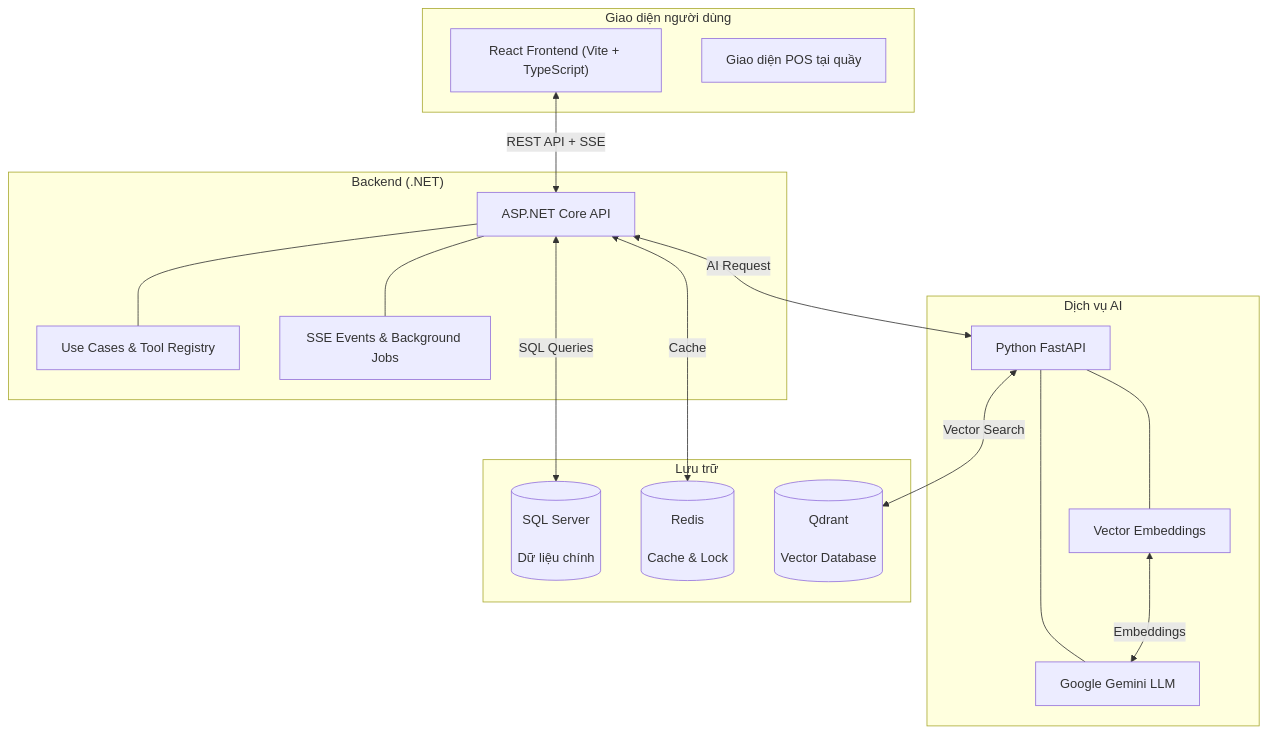
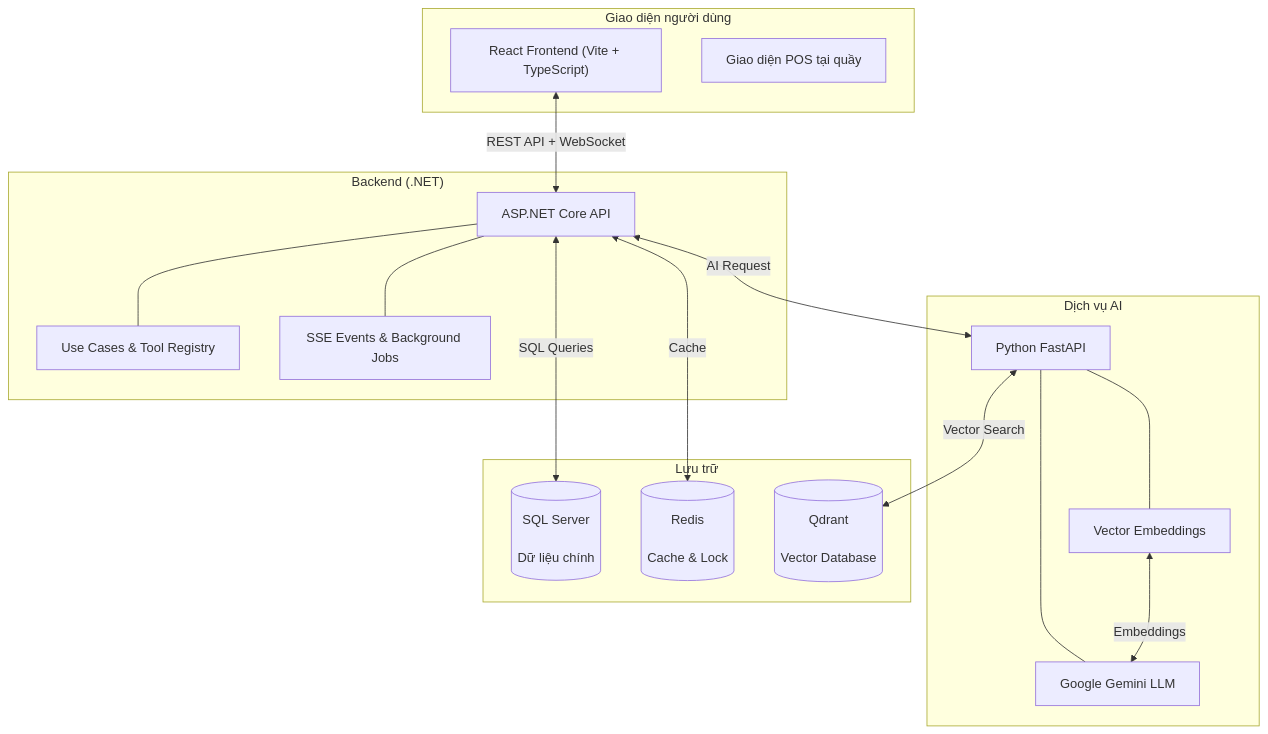
One commit to duc19092005/galaxiad-cinema-core changed the diagram in README.md. Above: the diagram before and after it, drawn with Mermaid. The commit also changed other lines of this file and 3 other files, not shown here.

Commit message:
fix: correct SSE to WebSocket in docs + update outdated paths

````diff
--- a/README.md
+++ b/README.md
@@ -17,42 +17,42 @@
 ```mermaid
 flowchart TD
     subgraph Client["Giao diện người dùng"]
         FE["React Frontend (Vite + TypeScript)"]
         POS["Giao diện POS tại quầy"]
     end
 
     subgraph Backend["Backend (.NET)"]
         API["ASP.NET Core API"]
         UC["Use Cases & Tool Registry"]
         Hubs["SSE Events & Background Jobs"]
         API --- UC
         API --- Hubs
     end
 
     subgraph AI["Dịch vụ AI"]
         FastAPI["Python FastAPI"]
         Gemini["Google Gemini LLM"]
         Embedder["Vector Embeddings"]
         FastAPI --- Gemini
         FastAPI --- Embedder
     end
 
     subgraph Storage["Lưu trữ"]
         SQL[("SQL Server
     
     Dữ liệu chính")]
         Redis[("Redis
     
     Cache & Lock")]
         Qdrant[("Qdrant
     
     Vector Database")]
     end
 
-    FE <-->|"REST API + SSE"| API
+    FE <-->|"REST API + WebSocket"| API
     API <-->|"SQL Queries"| SQL
     API <-->|"Cache"| Redis
     API <-->|"AI Request"| FastAPI
     FastAPI <-->|"Vector Search"| Qdrant
     Embedder <-->|"Embeddings"| Gemini
 ```
````
